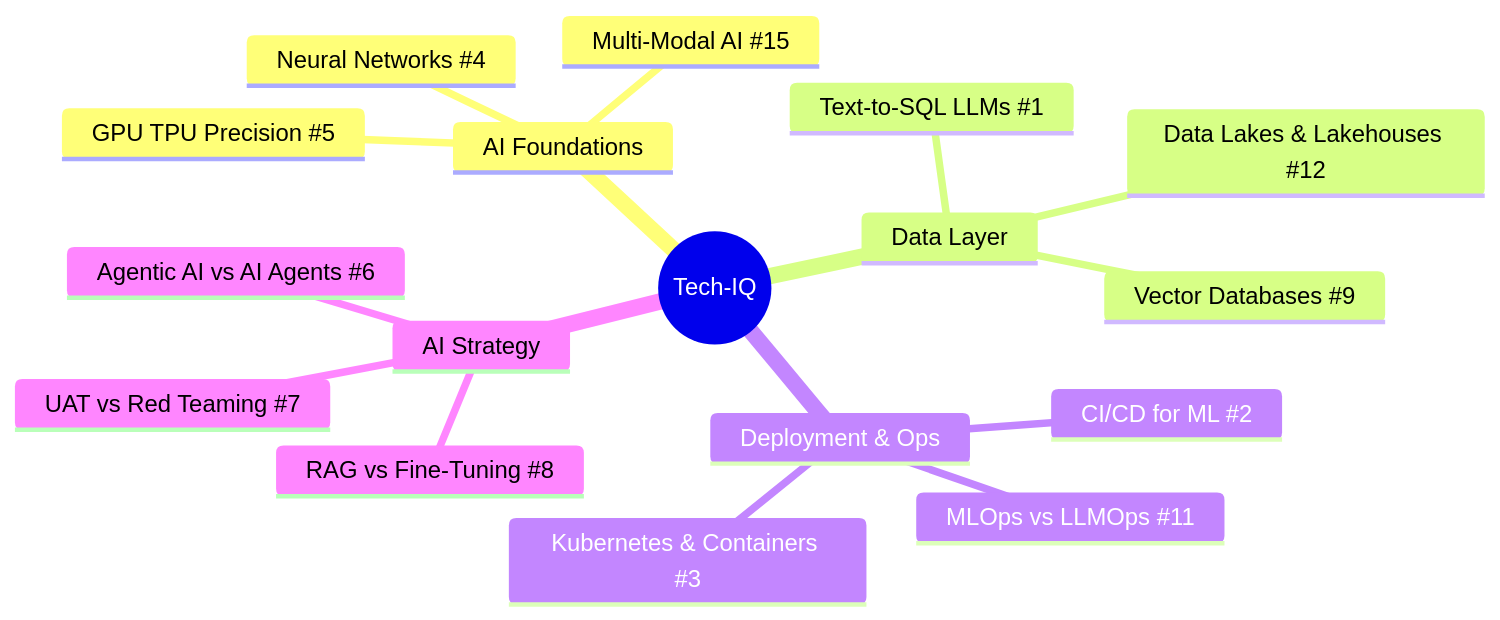
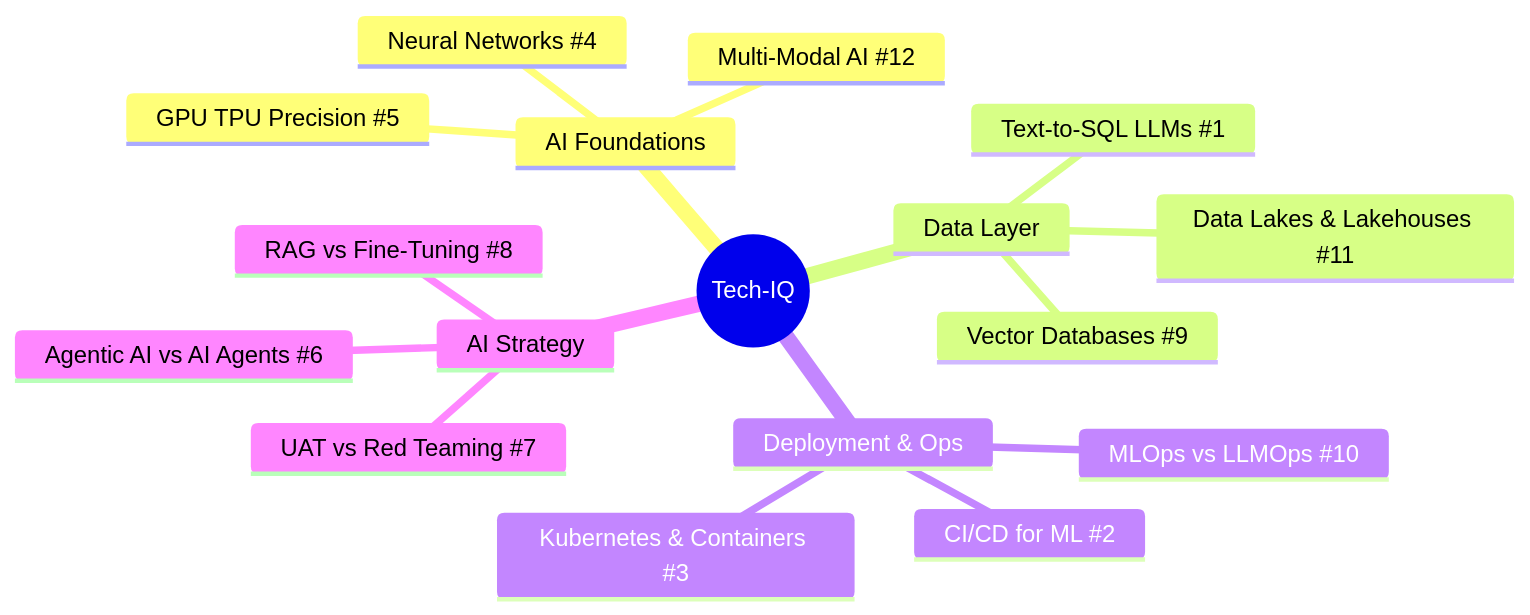
One commit to itsual/Tech-IQ changed the second of 2 diagrams in README.md. Above: the diagram before and after it, drawn with Mermaid.

Commit message:
Update section numbers in README.md

````diff
--- a/README.md
+++ b/README.md
@@ -172,20 +172,20 @@
 ```mermaid
 mindmap
   root((Tech-IQ))
     AI Foundations
       Neural Networks #4
       GPU TPU Precision #5
-      Multi-Modal AI #15
+      Multi-Modal AI #12
     Data Layer
       Vector Databases #9
-      Data Lakes & Lakehouses #12
+      Data Lakes & Lakehouses #11
       Text-to-SQL LLMs #1
     Deployment & Ops
       CI/CD for ML #2
       Kubernetes & Containers #3
-      MLOps vs LLMOps #11
+      MLOps vs LLMOps #10
     AI Strategy
       RAG vs Fine-Tuning #8
       Agentic AI vs AI Agents #6
       UAT vs Red Teaming #7
 ```
````
